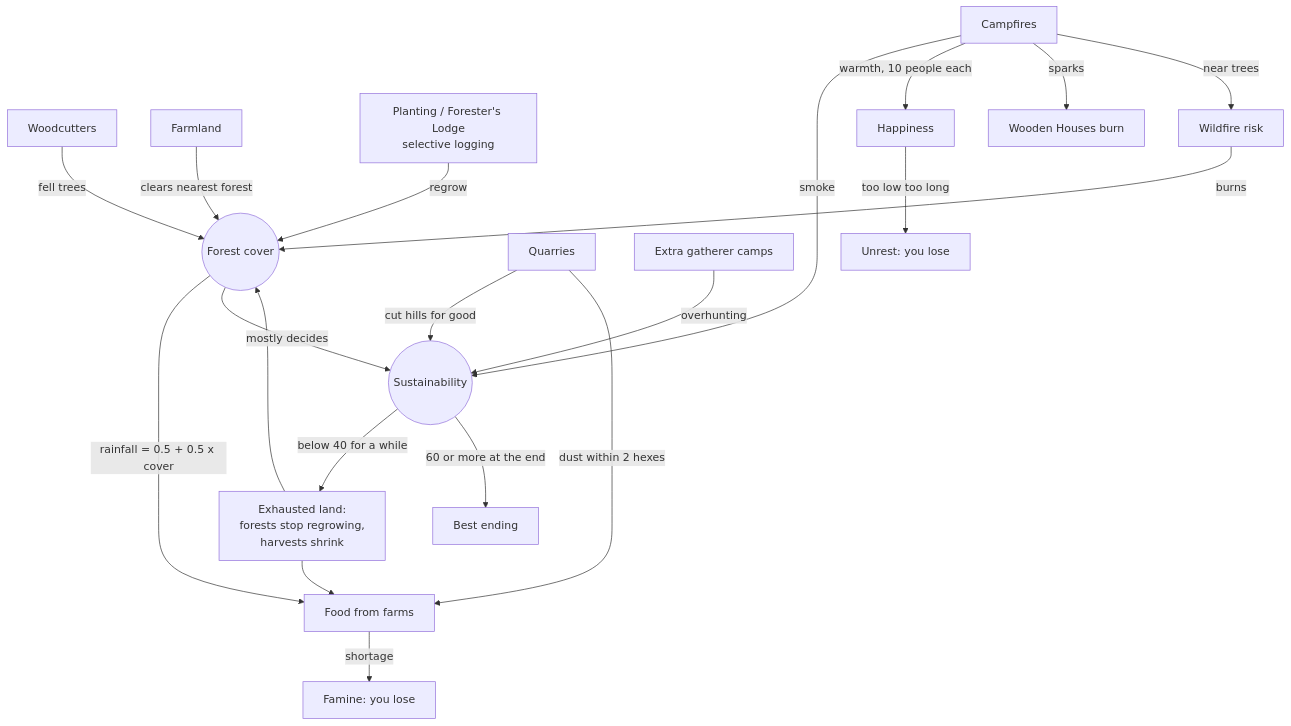
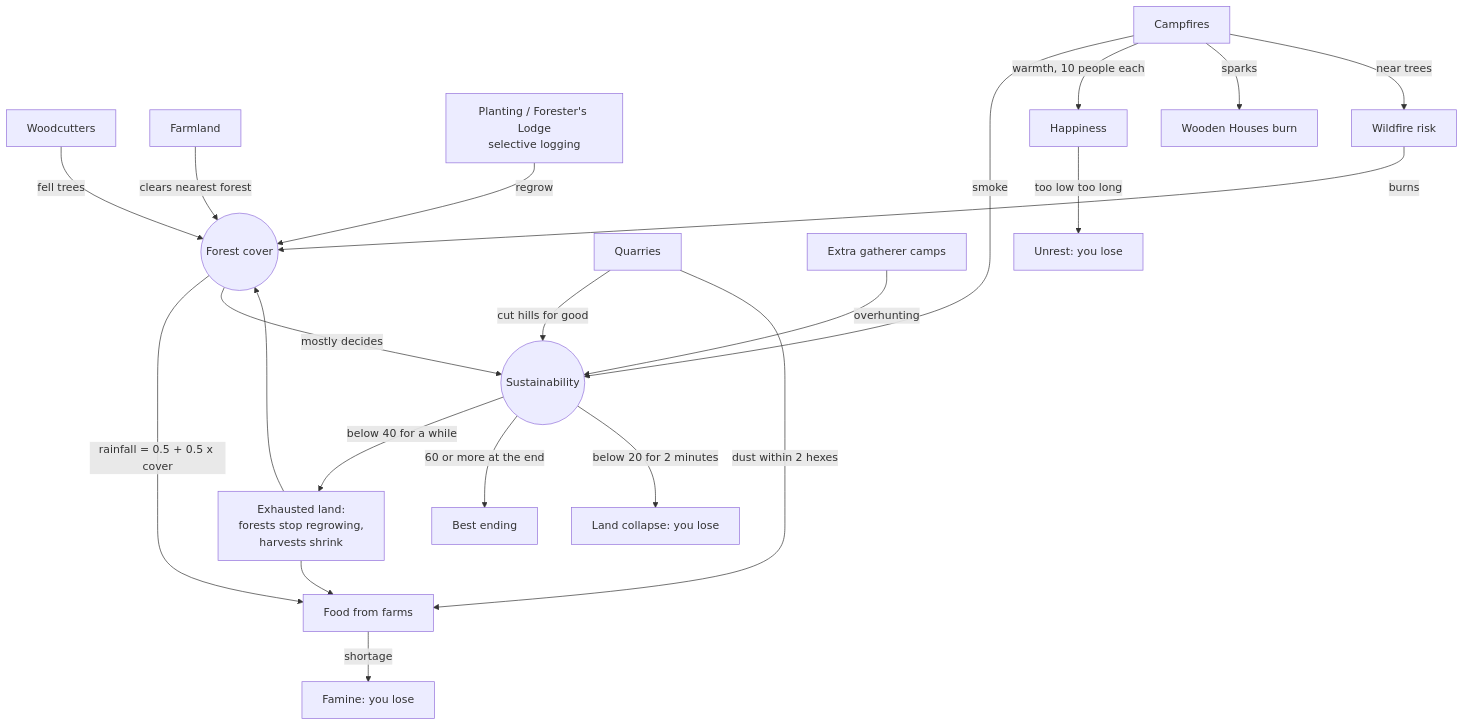
Before and after one commit to DaBabaBOI/emberline-game-actual: the second of 2 diagrams in docs/design.md, drawn with Mermaid. The commit also changed other lines of this file, not shown here.

Commit message:
Docs: land collapse is the fourth way to lose

````diff
--- a/docs/design.md
+++ b/docs/design.md
@@ -122,22 +124,23 @@
 ```mermaid
 flowchart TD
     WC[Woodcutters] -- fell trees --> FC((Forest cover))
     FARM[Farmland] -- clears nearest forest --> FC
     PLANT[Planting / Forester's Lodge<br/>selective logging] -- regrow --> FC
     FC -- rainfall = 0.5 + 0.5 x cover --> FOOD[Food from farms]
     FC -- mostly decides --> SUS((Sustainability))
     FIRE[Campfires] -- smoke --> SUS
     FIRE -- warmth, 10 people each --> HAP[Happiness]
     FIRE -- sparks --> HOUSE[Wooden Houses burn]
     FIRE -- near trees --> WILD[Wildfire risk]
     WILD -- burns --> FC
     Q[Quarries] -- cut hills for good --> SUS
     Q -- dust within 2 hexes --> FOOD
     GC[Extra gatherer camps] -- overhunting --> SUS
     SUS -- below 40 for a while --> EX[Exhausted land:<br/>forests stop regrowing,<br/>harvests shrink]
     EX --> FOOD
     EX --> FC
     FOOD -- shortage --> FAM[Famine: you lose]
     HAP -- too low too long --> UNR[Unrest: you lose]
     SUS -- 60 or more at the end --> END[Best ending]
+    SUS -- below 20 for 2 minutes --> COL[Land collapse: you lose]
 ```
````
